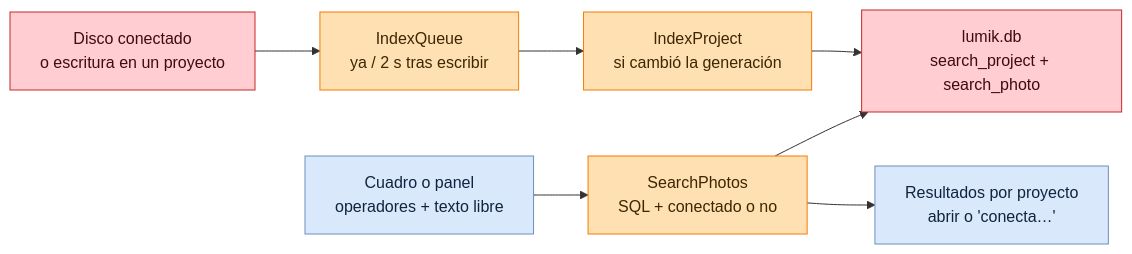
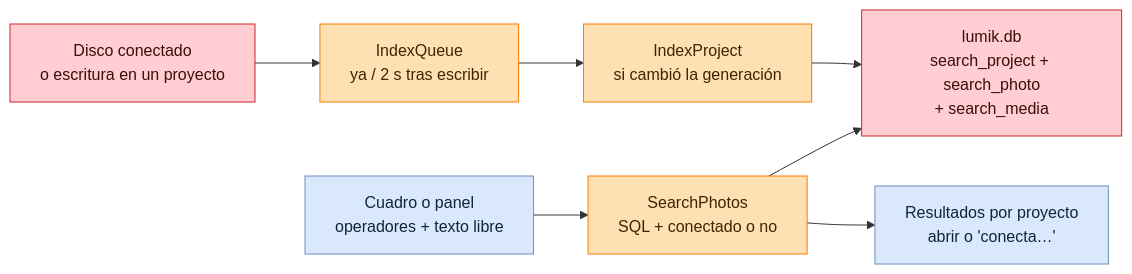
Before and after one commit to everitosan/lumik: the first of 3 diagrams in docs/useCases/flujo-busqueda-fotos.md, drawn with Mermaid. The commit also changed other lines of this file and 16 other files, not shown here.

````diff
--- a/docs/useCases/flujo-busqueda-fotos.md
+++ b/docs/useCases/flujo-busqueda-fotos.md
@@ -13,21 +15,21 @@
 ```mermaid
 flowchart LR
     A["Disco conectado<br/>o escritura en un proyecto"]
     B["IndexQueue<br/>ya / 2 s tras escribir"]
     C["IndexProject<br/>si cambió la generación"]
-    D["lumik.db<br/>search_project + search_photo"]
+    D["lumik.db<br/>search_project + search_photo<br/>+ search_media"]
     E["Cuadro o panel<br/>operadores + texto libre"]
     F["SearchPhotos<br/>SQL + conectado o no"]
     G["Resultados por proyecto<br/>abrir o 'conecta…'"]
 
     A --> B --> C --> D
     E --> F --> D
     F --> G
 
     classDef ui fill:#dae8fc,stroke:#6c8ebf,color:#10243d
     classDef be fill:#ffe0b2,stroke:#f57c00,color:#3d2600
     classDef db fill:#ffcdd2,stroke:#c62828,color:#3d0d0d
     class E,G ui
     class B,C,F be
     class A,D db
 ```
````
